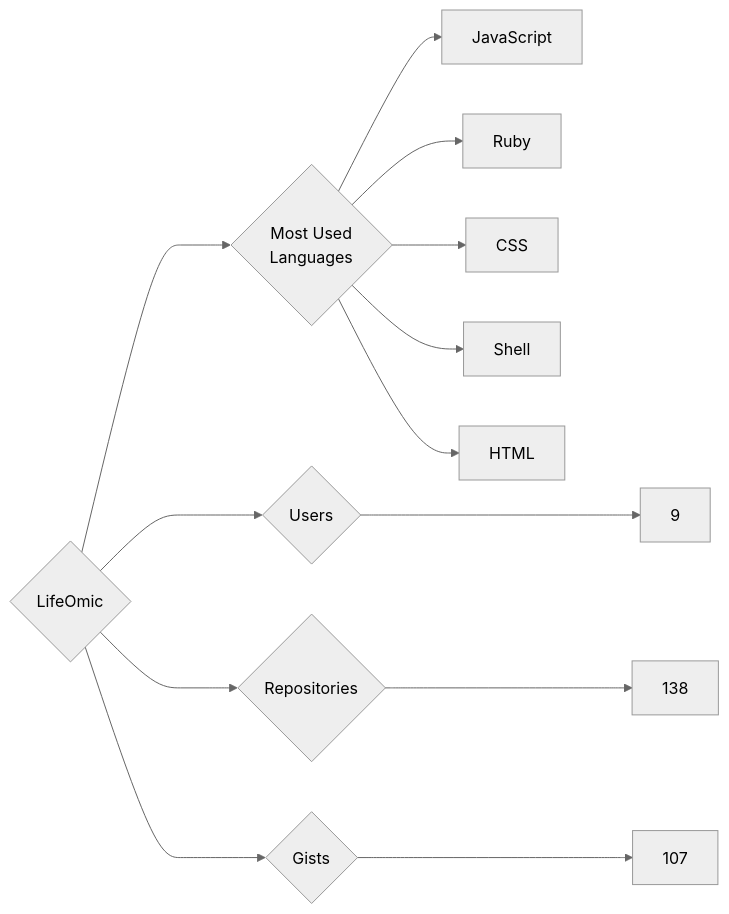
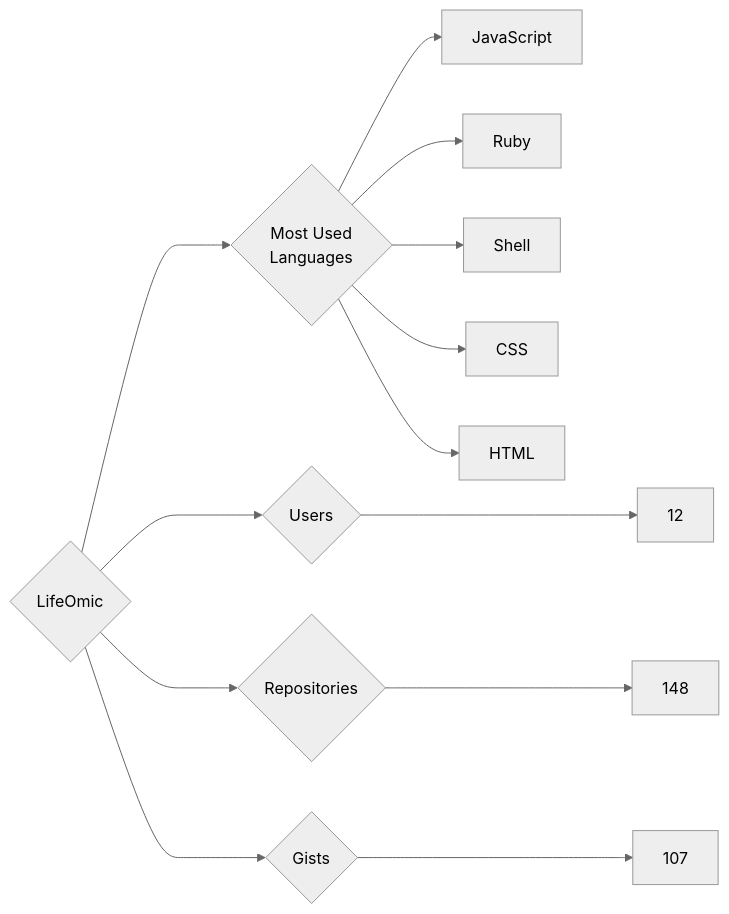
The diagram in targets/LifeOmic/README.md (trickest/insiders), drawn with Mermaid (neutral theme) before and after one commit. The commit also changed 1084 other files, not shown here.

````diff
--- a/targets/LifeOmic/README.md
+++ b/targets/LifeOmic/README.md
@@ -3,13 +3,13 @@
 ```mermaid
 graph LR
 COMPANY_NAME{LifeOmic}
-COMPANY_NAME ---> U{Users} ---> UN[9]
-COMPANY_NAME ---> R{Repositories} ---> RN[138]
+COMPANY_NAME ---> U{Users} ---> UN[12]
+COMPANY_NAME ---> R{Repositories} ---> RN[148]
 COMPANY_NAME ---> G{Gists} ---> GN[107]
 COMPANY_NAME ---> ML{Most Used<br>Languages}
 ML --> JavaScript[JavaScript]
 ML --> Ruby[Ruby]
+ML --> Shell[Shell]
 ML --> CSS[CSS]
-ML --> Shell[Shell]
 ML --> HTML[HTML]
 ```
````
